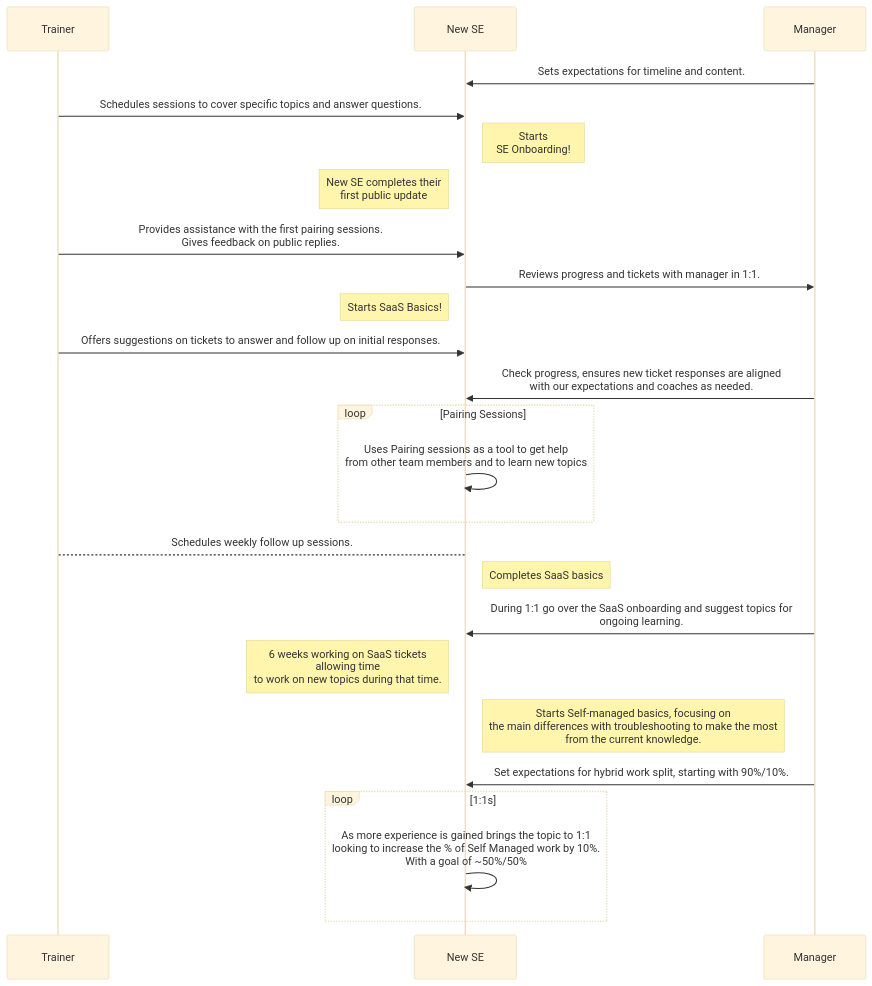
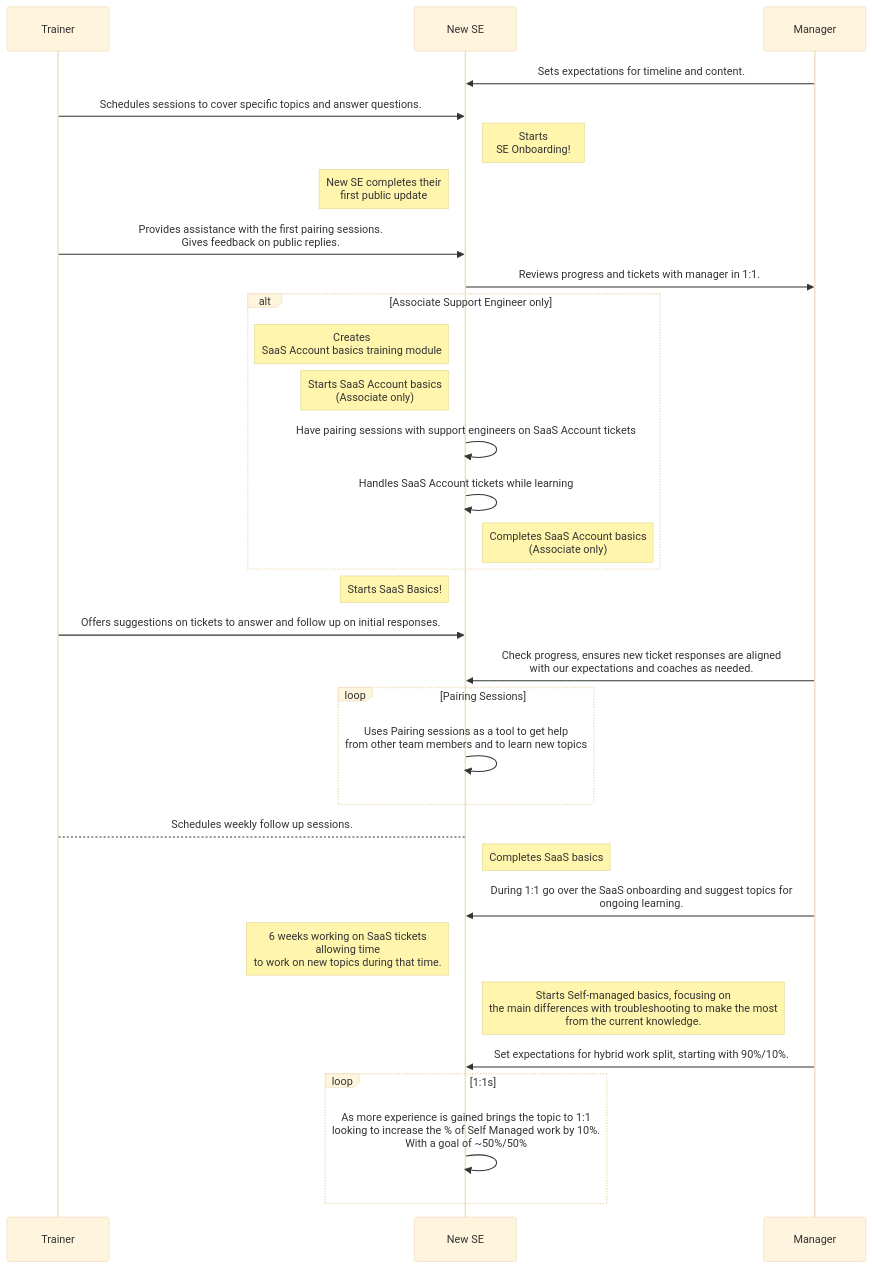
Before and after one commit to zalyoung/gitlab-handbook: the diagram in content/handbook/support/training/_index.md, drawn with Mermaid (base theme). The commit also changed other lines of this file, not shown here.

Commit message:
Updating support's learning & training page

````diff
--- a/content/handbook/support/training/_index.md
+++ b/content/handbook/support/training/_index.md
@@ -26,35 +26,43 @@
 ```mermaid
 sequenceDiagram
     participant Trainer
     participant New SE
     participant Manager
 
     Manager->>New SE: Sets expectations for timeline and content.
     Trainer->>New SE: Schedules sessions to cover specific topics and answer questions.
     Note right of New SE: Starts <br/>SE Onboarding!
     Note left of New SE: New SE completes their <br/>first public update
     Trainer->>New SE: Provides assistance with the first pairing sessions.<br/>Gives feedback on public replies.
     New SE->>Manager: Reviews progress and tickets with manager in 1:1.
+    
+    alt Associate Support Engineer only
+        Note left of New SE: Creates<br>SaaS Account basics training module
+        Note left of New SE: Starts SaaS Account basics<br/>(Associate only)
+        New SE->>New SE: Have pairing sessions with support engineers on SaaS Account tickets
+        New SE->>New SE: Handles SaaS Account tickets while learning
+        Note right of New SE: Completes SaaS Account basics<br/>(Associate only)
+    end
+    
     Note left of New SE: Starts SaaS Basics!
     Trainer->>New SE: Offers suggestions on tickets to answer and follow up on initial responses.
 
     Manager->>New SE: Check progress, ensures new ticket responses are aligned<br/> with our expectations and coaches as needed.
 
     loop Pairing Sessions
         New SE->>New SE: Uses Pairing sessions as a tool to get help<br/>from other team members and to learn new topics
     end
 
     Trainer-->New SE: Schedules weekly follow up sessions.
-
 
     Note right of New SE: Completes SaaS basics
     Manager->>New SE: During 1:1 go over the SaaS onboarding and suggest topics for<br/>ongoing learning.
     Note left of New SE: 6 weeks working on SaaS tickets<br/>allowing time<br/> to work on new topics during that time.
     Note right of New SE: Starts Self-managed basics, focusing on <br/> the main differences with troubleshooting to make the most <br/> from the current  knowledge.
 
     Manager->>New SE: Set expectations for hybrid work split, starting with 90%/10%.
 
     loop 1:1s
         New SE->>New SE: As more experience is gained brings the topic to 1:1<br/>looking to increase the % of Self Managed work by 10%.<br/>With a goal of ~50%/50%
     end
 ```
````
